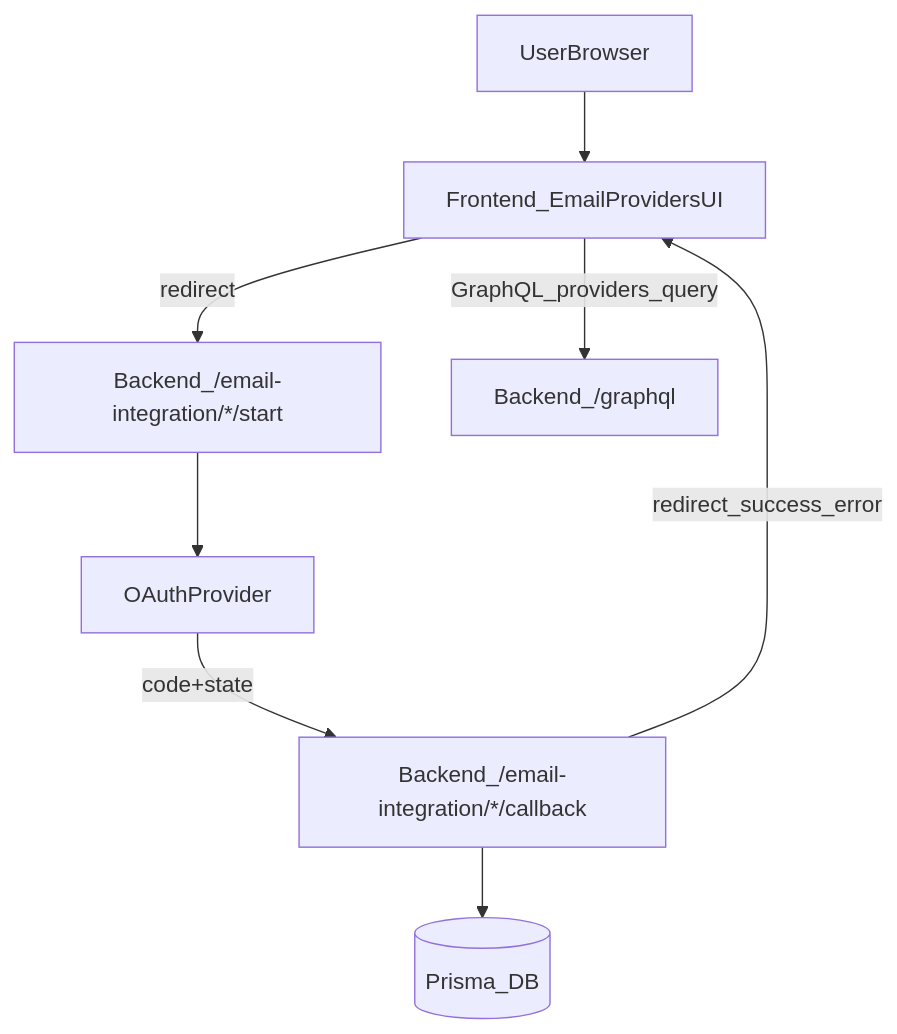
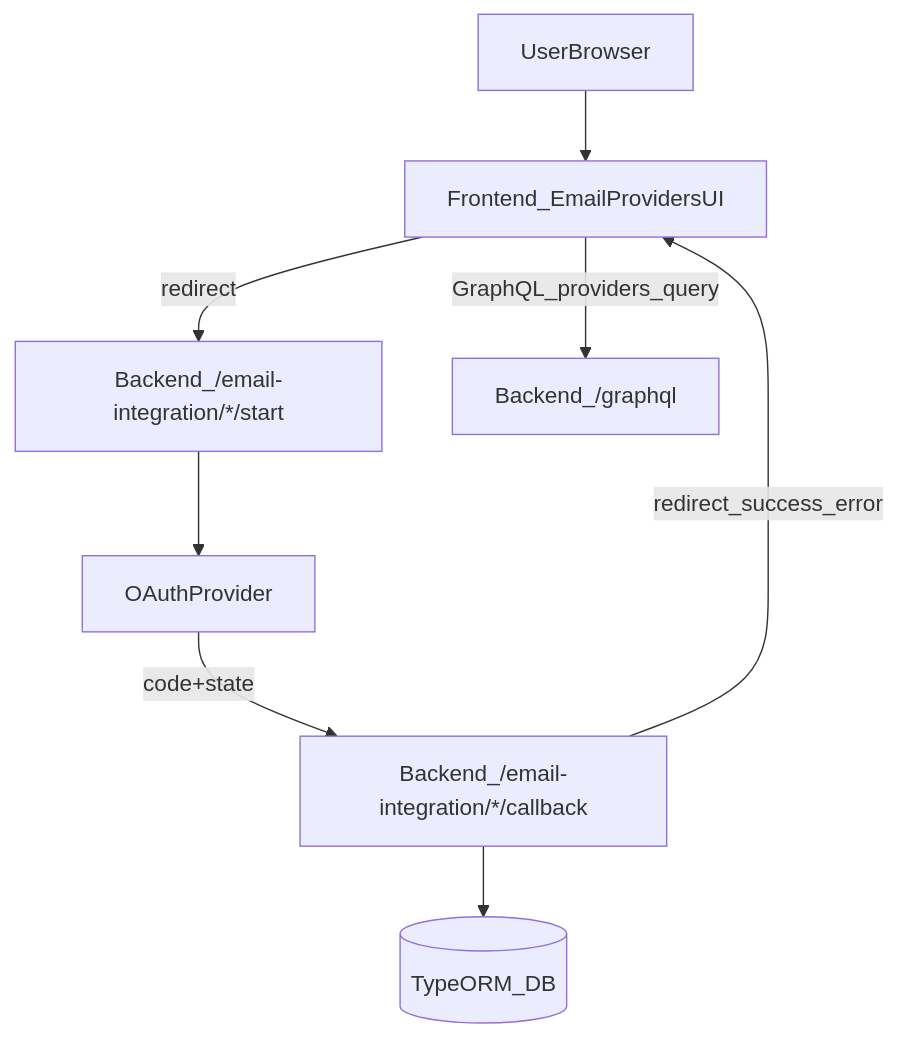
The diagram in apps/frontend/lib/providers/README.md (AmanVatsSharma/MailZen-Smart-Email-Management), drawn with Mermaid before and after one commit. The commit also changed other lines of this file and 2 other files, not shown here.

Commit message:
refactor: Update provider-utils and README for improved type safety and clarity
- Changed the type of settings in the Provider interface from Record<string, any> to Record<string, unknown> for better type safety.
- Simplified error handling in getBackendBaseUrl by removing the catch parameter.
- Updated README to clarify the use of TypeORM instead of Prisma for database interactions.

````diff
--- a/apps/frontend/lib/providers/README.md
+++ b/apps/frontend/lib/providers/README.md
@@ -13,10 +13,10 @@
 ```mermaid
 flowchart TD
   userBrowser[UserBrowser] --> providersUI[Frontend_EmailProvidersUI]
   providersUI -->|redirect| backendStart[Backend_/email-integration/*/start]
   backendStart --> oauth[OAuthProvider]
   oauth -->|code+state| backendCb[Backend_/email-integration/*/callback]
-  backendCb --> db[(Prisma_DB)]
+  backendCb --> db[(TypeORM_DB)]
   backendCb -->|redirect_success_error| providersUI
   providersUI -->|GraphQL_providers_query| backendGql[Backend_/graphql]
 ```
````
